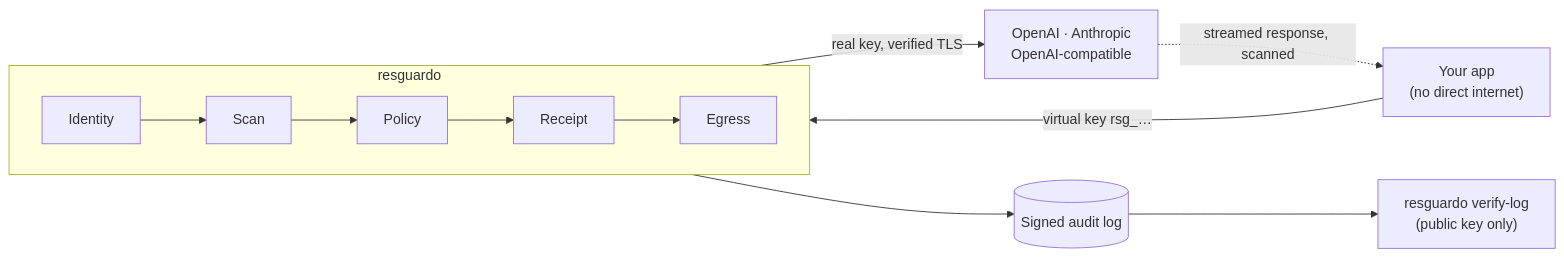
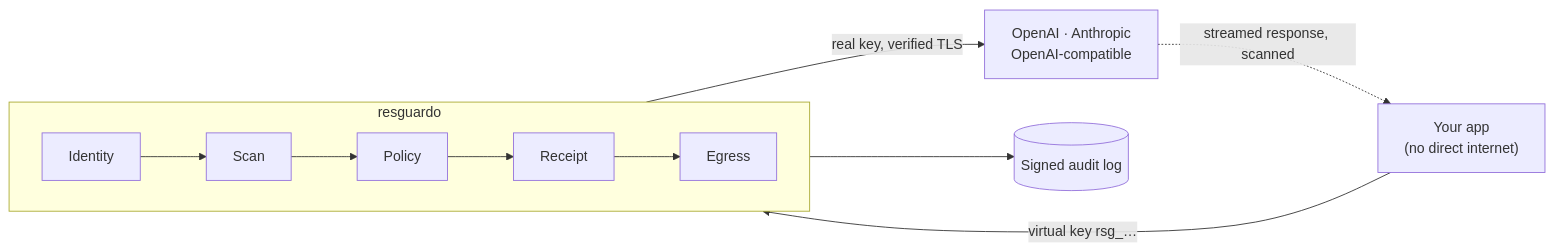
Before and after one commit to christianivanov/resguardo: the diagram in README.md, drawn with Mermaid. The commit also changed other lines of this file and 2 other files, not shown here.

First line of the commit message:
docs: shorter README; move details to getting started and architecture

````diff
--- a/README.md
+++ b/README.md
@@ -55,12 +41,11 @@
 ```mermaid
 flowchart LR
     App["Your app<br/>(no direct internet)"] -- "virtual key rsg_…" --> R
     subgraph R["resguardo"]
         direction LR
         I[Identity] --> S[Scan] --> P[Policy] --> A[Receipt] --> E[Egress]
     end
     E -- "real key, verified TLS" --> M["OpenAI · Anthropic<br/>OpenAI-compatible"]
     M -. "streamed response, scanned" .-> App
     A --> L[("Signed audit log")]
-    L --> V["resguardo verify-log<br/>(public key only)"]
 ```
````
